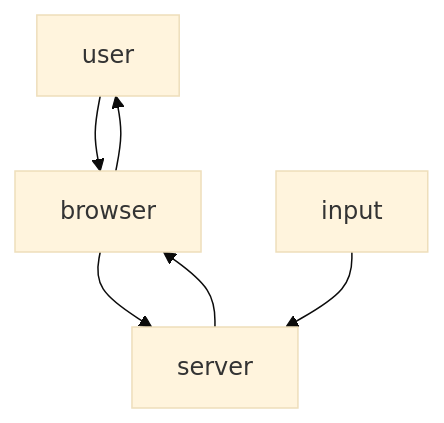
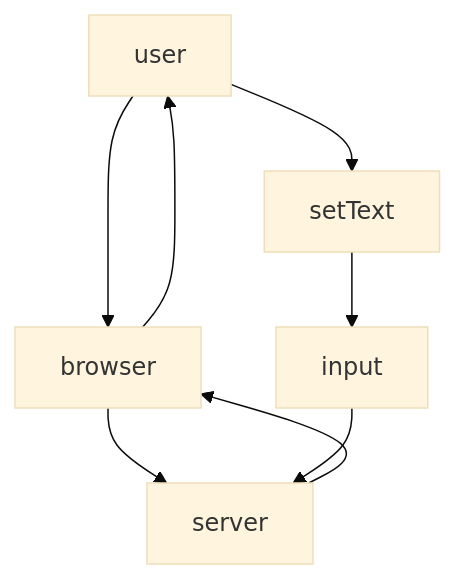
The diagram in part0/README.md (mafiadev/FullStack), drawn with Mermaid (base theme) before and after one commit.

````diff
--- a/part0/README.md
+++ b/part0/README.md
@@ -3,8 +3,10 @@
 ```mermaid
 graph TD;
 user-->browser;
 browser-->server;
 server-->browser;
 browser-->user;
 input-->server;
+user-->setText;
+setText-->input;
 ```
````
